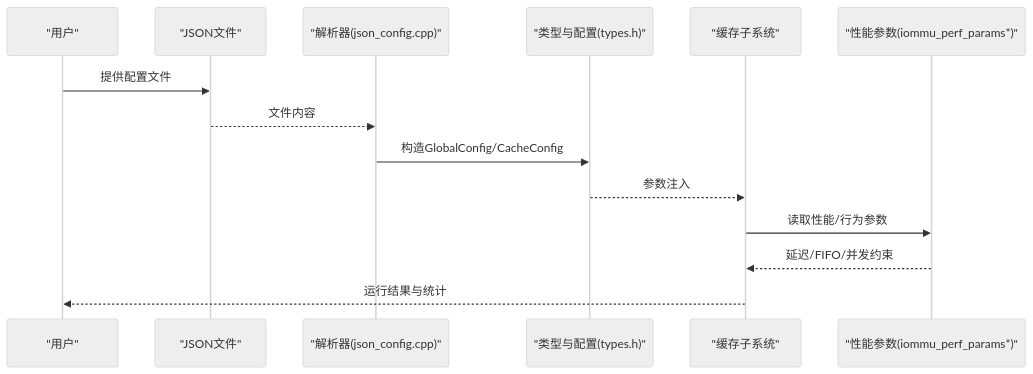
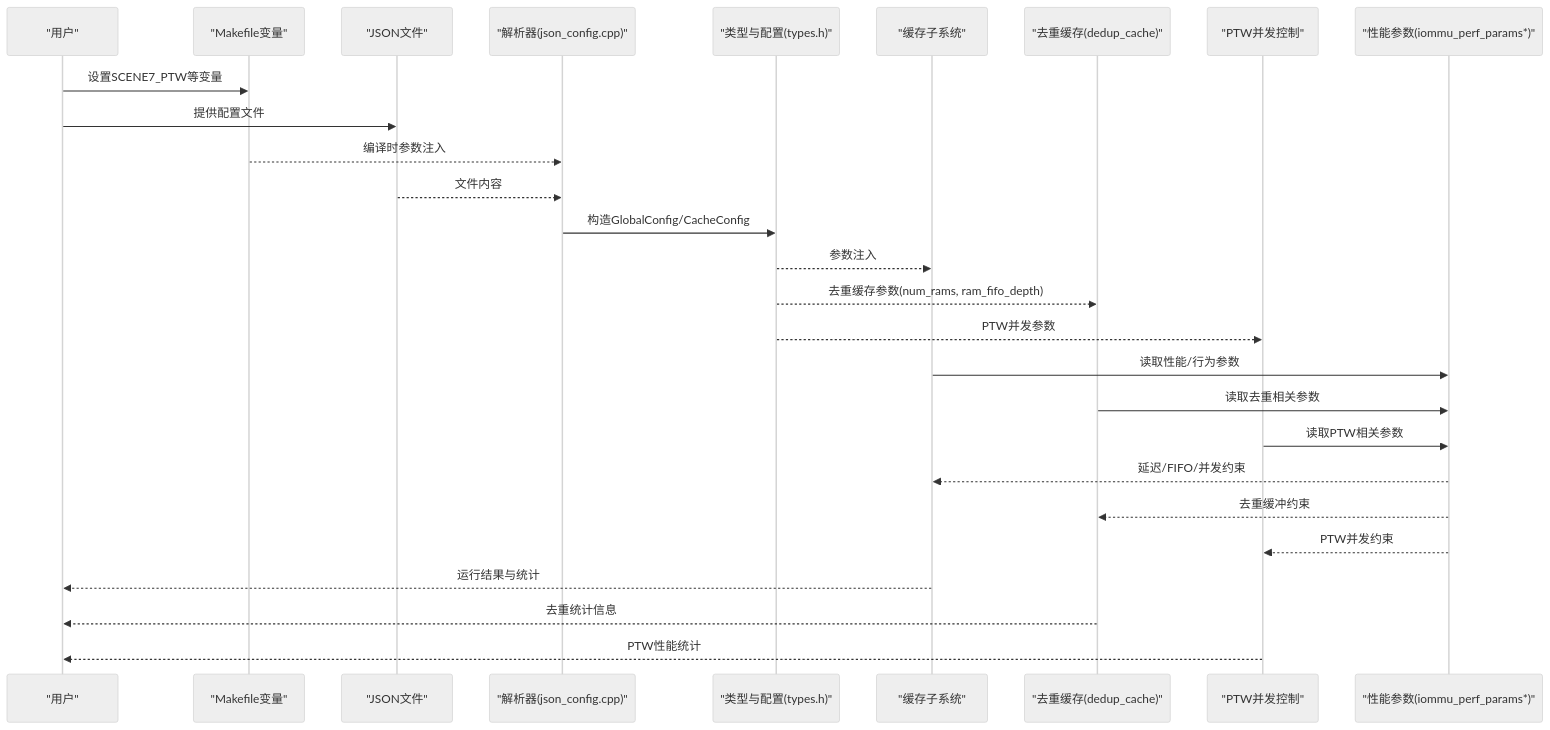
Before and after one commit to jiangjiang1122/iommu_model_20260401_v1: the second of 4 diagrams in .qoder/repowiki/zh/content/配置与参数/配置与参数.md, drawn with Mermaid (neutral theme). The commit also changed other lines of this file and 186 other files, not shown here.

````diff
--- a/.qoder/repowiki/zh/content/配置与参数/配置与参数.md
+++ b/.qoder/repowiki/zh/content/配置与参数/配置与参数.md
@@ -103,16 +126,29 @@
 ```mermaid
 sequenceDiagram
 participant U as "用户"
+participant M as "Makefile变量"
 participant J as "JSON文件"
 participant P as "解析器(json_config.cpp)"
 participant T as "类型与配置(types.h)"
 participant S as "缓存子系统"
-participant M as "性能参数(iommu_perf_params*)"
+participant D as "去重缓存(dedup_cache)"
+participant W as "PTW并发控制"
+participant PF as "性能参数(iommu_perf_params*)"
+U->>M : 设置SCENE7_PTW等变量
 U->>J : 提供配置文件
+M-->>P : 编译时参数注入
 J-->>P : 文件内容
 P->>T : 构造GlobalConfig/CacheConfig
 T-->>S : 参数注入
-S->>M : 读取性能/行为参数
-M-->>S : 延迟/FIFO/并发约束
+T-->>D : 去重缓存参数(num_rams, ram_fifo_depth)
+T-->>W : PTW并发参数
+S->>PF : 读取性能/行为参数
+D->>PF : 读取去重相关参数
+W->>PF : 读取PTW相关参数
+PF-->>S : 延迟/FIFO/并发约束
+PF-->>D : 去重缓冲约束
+PF-->>W : PTW并发约束
 S-->>U : 运行结果与统计
+D-->>U : 去重统计信息
+W-->>U : PTW性能统计
 ```
````
